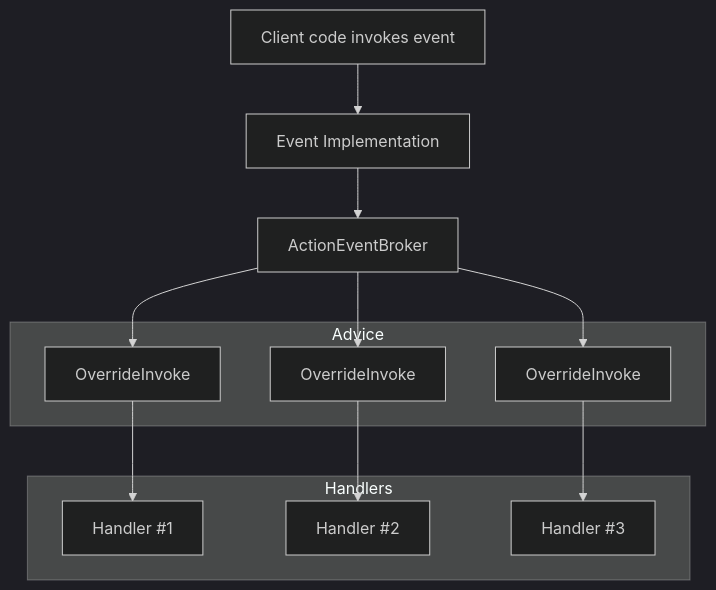
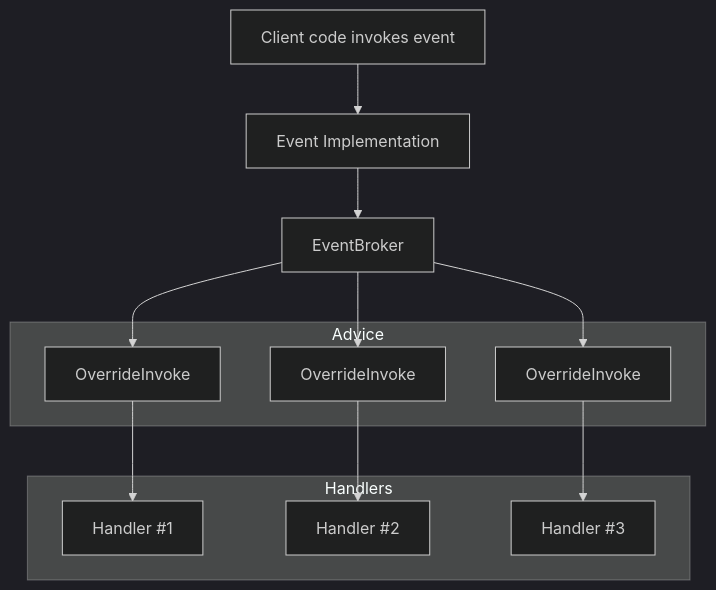
Before and after one commit to metalama/Metalama.Documentation: the diagram in content/conceptual/aspects/advising/overriding-events.md, drawn with Mermaid (dark theme). The commit also changed other lines of this file and 25 other files, not shown here.

````diff
--- a/content/conceptual/aspects/advising/overriding-events.md
+++ b/content/conceptual/aspects/advising/overriding-events.md
@@ -69,26 +69,26 @@
 ```mermaid
 flowchart TD
     A[Client code invokes event] --> B[Event Implementation]
-    B --> D[ActionEventBroker]
+    B --> D[EventBroker]
 
     D --> OverrideInvoke1[OverrideInvoke]
     D --> OverrideInvoke2[OverrideInvoke]
     D --> OverrideInvoke3[OverrideInvoke]
 
      subgraph "Advice"
       OverrideInvoke1
       OverrideInvoke2
       OverrideInvoke3
     end
 
     OverrideInvoke1 --> E1
     OverrideInvoke2 --> E2
     OverrideInvoke3 --> E3
 
     subgraph "Handlers"
       E1[Handler #1]
       E2[Handler #2]
       E3[Handler #3]
     end
 
 ```
````
